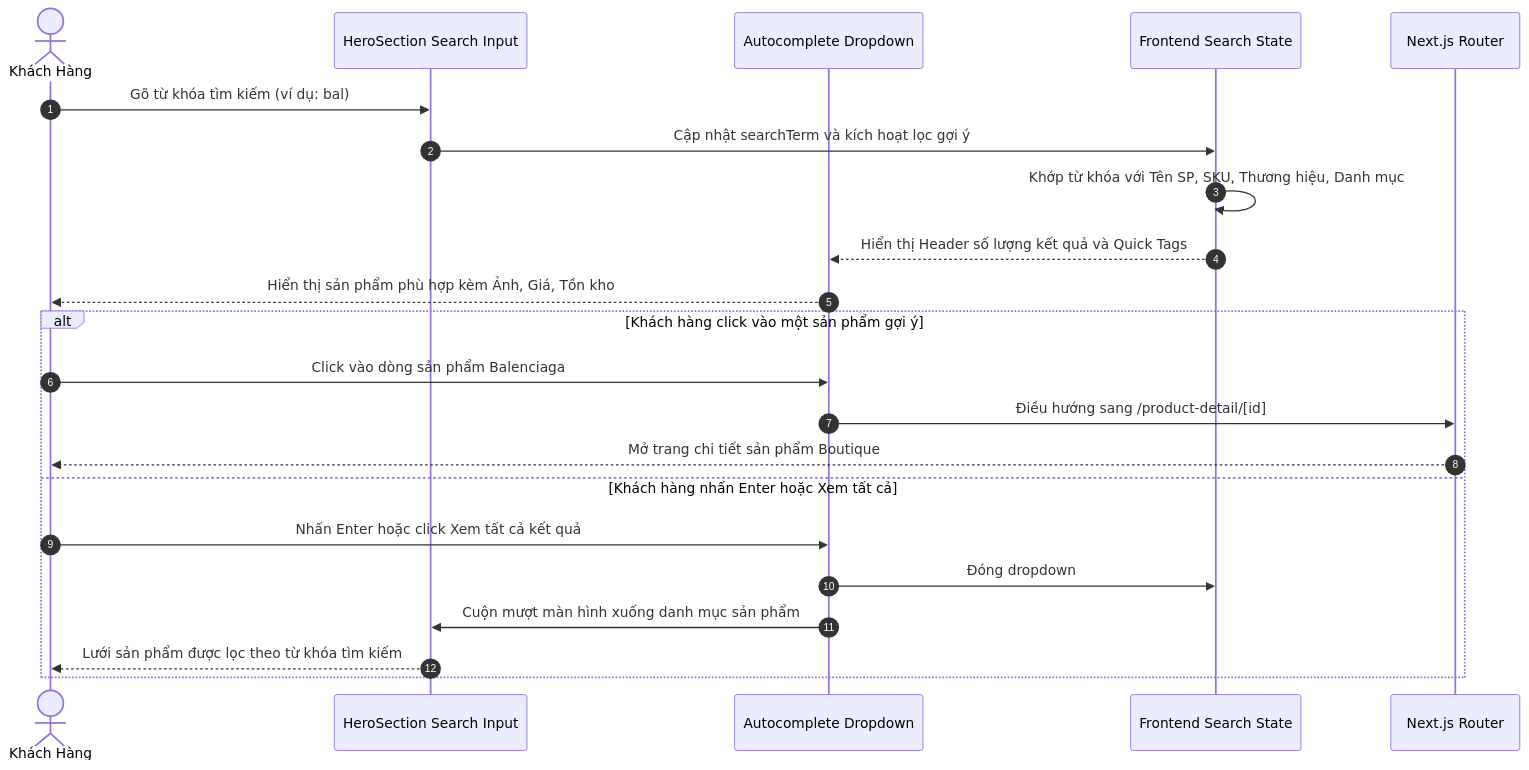
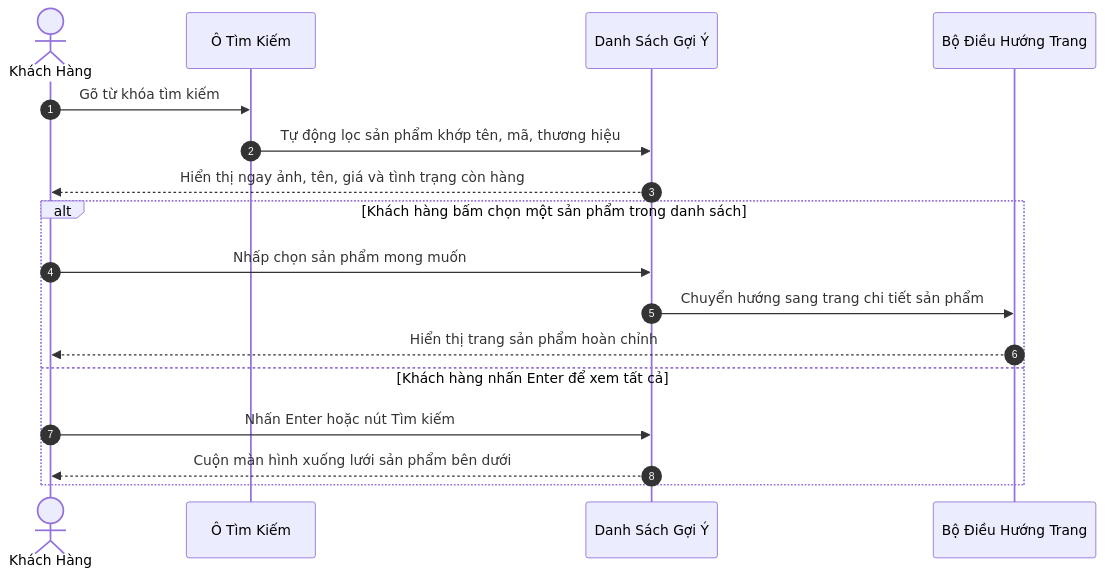
Diagram 11 of 16 in BAO_CAO_THIET_KE_HE_THONG.md (longthan12334/He-thong-thuong-mai-ien-tu-tich-hop-AI), drawn with Mermaid before and after one commit. The commit also changed other lines of this file and 24 other files, not shown here.

````diff
--- a/BAO_CAO_THIET_KE_HE_THONG.md
+++ b/BAO_CAO_THIET_KE_HE_THONG.md
@@ -524,26 +510,21 @@
 ```mermaid
 sequenceDiagram
     autonumber
     actor Customer as Khách Hàng
-    participant SearchBar as HeroSection Search Input
-    participant Dropdown as Autocomplete Dropdown
-    participant State as Frontend Search State
-    participant Router as Next.js Router
+    participant SearchBar as Ô Tìm Kiếm
+    participant Dropdown as Danh Sách Gợi Ý
+    participant Router as Bộ Điều Hướng Trang
 
-    Customer->>SearchBar: Gõ từ khóa tìm kiếm (ví dụ: bal)
-    SearchBar->>State: Cập nhật searchTerm và kích hoạt lọc gợi ý
-    State->>State: Khớp từ khóa với Tên SP, SKU, Thương hiệu, Danh mục
-    State-->>Dropdown: Hiển thị Header số lượng kết quả và Quick Tags
-    Dropdown-->>Customer: Hiển thị sản phẩm phù hợp kèm Ảnh, Giá, Tồn kho
+    Customer->>SearchBar: Gõ từ khóa tìm kiếm
+    SearchBar->>Dropdown: Tự động lọc sản phẩm khớp tên, mã, thương hiệu
+    Dropdown-->>Customer: Hiển thị ngay ảnh, tên, giá và tình trạng còn hàng
 
-    alt Khách hàng click vào một sản phẩm gợi ý
-        Customer->>Dropdown: Click vào dòng sản phẩm Balenciaga
-        Dropdown->>Router: Điều hướng sang /product-detail/[id]
-        Router-->>Customer: Mở trang chi tiết sản phẩm Boutique
-    else Khách hàng nhấn Enter hoặc Xem tất cả
-        Customer->>Dropdown: Nhấn Enter hoặc click Xem tất cả kết quả
-        Dropdown->>State: Đóng dropdown
-        Dropdown->>SearchBar: Cuộn mượt màn hình xuống danh mục sản phẩm #catalog
-        SearchBar-->>Customer: Lưới sản phẩm được lọc theo từ khóa tìm kiếm
+    alt Khách hàng bấm chọn một sản phẩm trong danh sách
+        Customer->>Dropdown: Nhấp chọn sản phẩm mong muốn
+        Dropdown->>Router: Chuyển hướng sang trang chi tiết sản phẩm
+        Router-->>Customer: Hiển thị trang sản phẩm hoàn chỉnh
+    else Khách hàng nhấn Enter để xem tất cả
+        Customer->>Dropdown: Nhấn Enter hoặc nút Tìm kiếm
+        Dropdown-->>Customer: Cuộn màn hình xuống lưới sản phẩm bên dưới
     end
 ```
````
